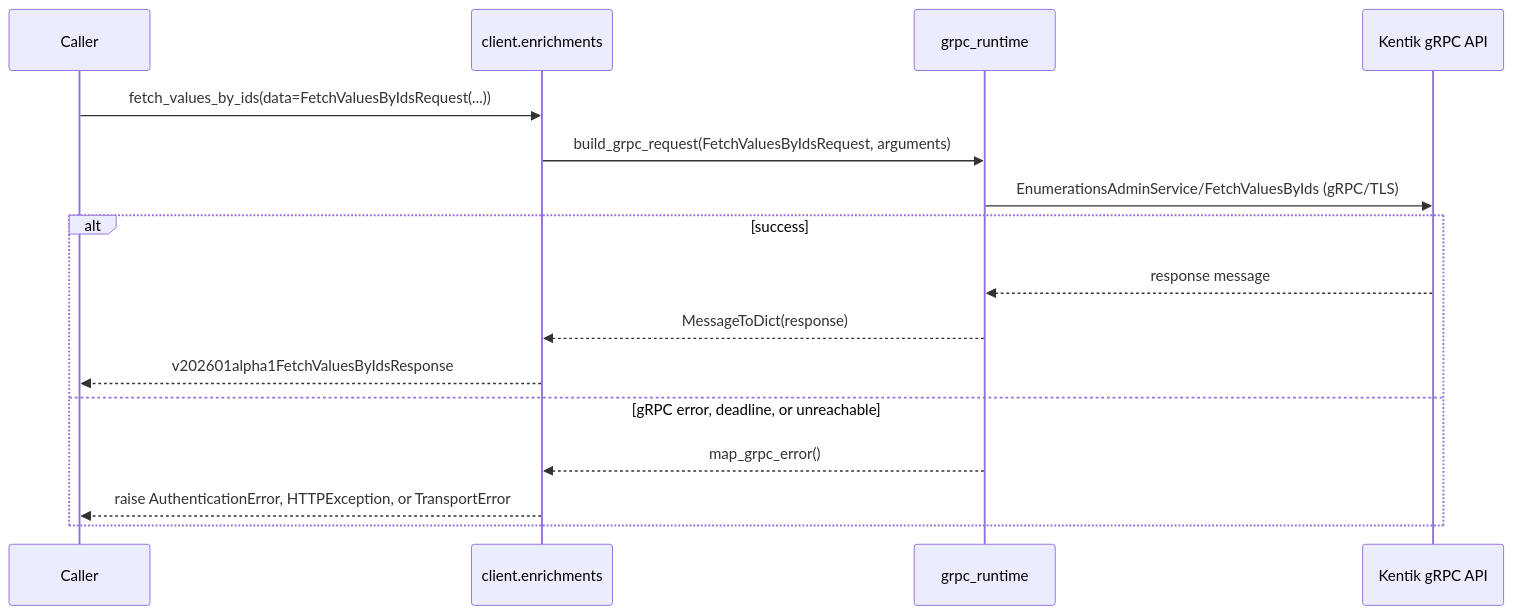
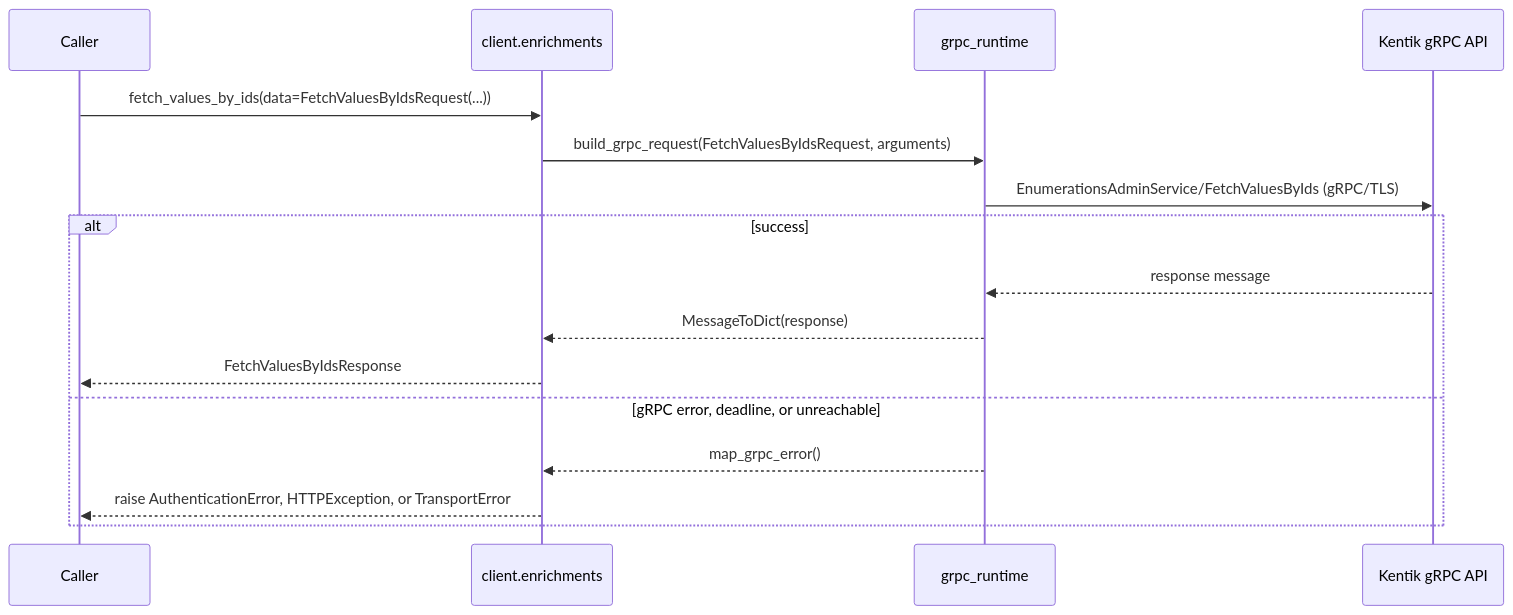
One commit to alexdearaujo/community_sdk_python changed the third of 4 diagrams in docs/sphinx/services/enrichments.md. Above: the diagram before and after it, drawn with Mermaid. The commit also changed other lines of this file and 38 other files, not shown here.

````diff
--- a/docs/sphinx/services/enrichments.md
+++ b/docs/sphinx/services/enrichments.md
@@ -59,19 +59,19 @@
 ```mermaid
 sequenceDiagram
     participant C as Caller
     participant W as client.enrichments
     participant R as grpc_runtime
     participant API as Kentik gRPC API
 
     C->>W: fetch_values_by_ids(data=FetchValuesByIdsRequest(...))
     W->>R: build_grpc_request(FetchValuesByIdsRequest, arguments)
     R->>API: EnumerationsAdminService/FetchValuesByIds (gRPC/TLS)
     alt success
         API-->>R: response message
         R-->>W: MessageToDict(response)
-        W-->>C: v202601alpha1FetchValuesByIdsResponse
+        W-->>C: FetchValuesByIdsResponse
     else gRPC error, deadline, or unreachable
         R-->>W: map_grpc_error()
         W-->>C: raise AuthenticationError, HTTPException, or TransportError
     end
 ```
````
